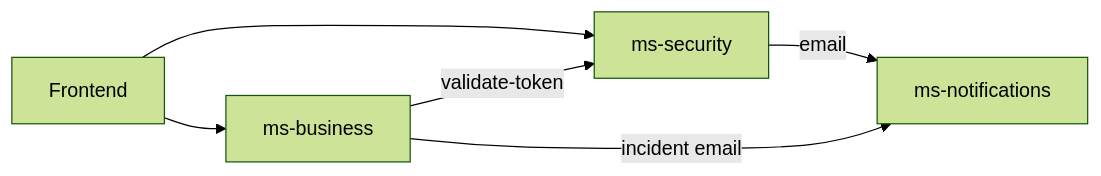
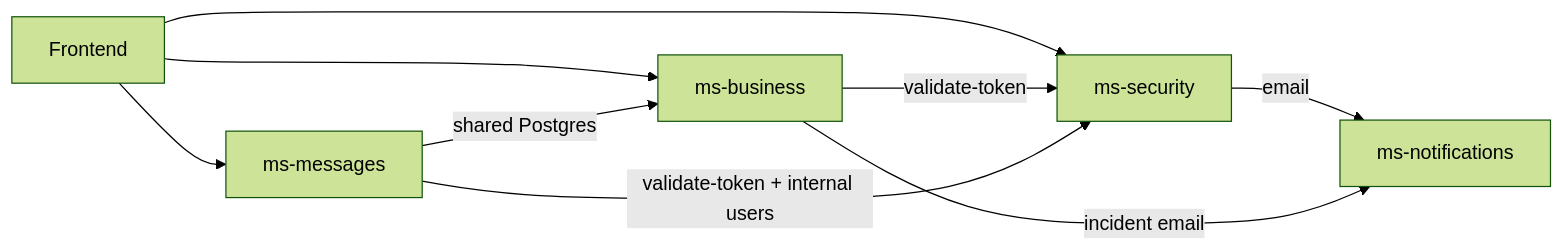
The diagram in .agents/skills/monorepo-overview/SKILL.md (Cristian46310/urbango-api), drawn with Mermaid (forest theme) before and after one commit. The commit also changed other lines of this file and 118 other files, not shown here.

````diff
--- a/.agents/skills/monorepo-overview/SKILL.md
+++ b/.agents/skills/monorepo-overview/SKILL.md
@@ -37,8 +39,11 @@
 ```mermaid
 flowchart LR
   FE[Frontend] --> ms_security[ms-security]
   FE --> ms_business[ms-business]
+  FE --> ms_messages[ms-messages]
   ms_business -->|validate-token| ms_security
+  ms_messages -->|validate-token + internal users| ms_security
+  ms_messages -->|shared Postgres| ms_business
   ms_security -->|email| ms_notifications[ms-notifications]
   ms_business -->|incident email| ms_notifications
 ```
````
